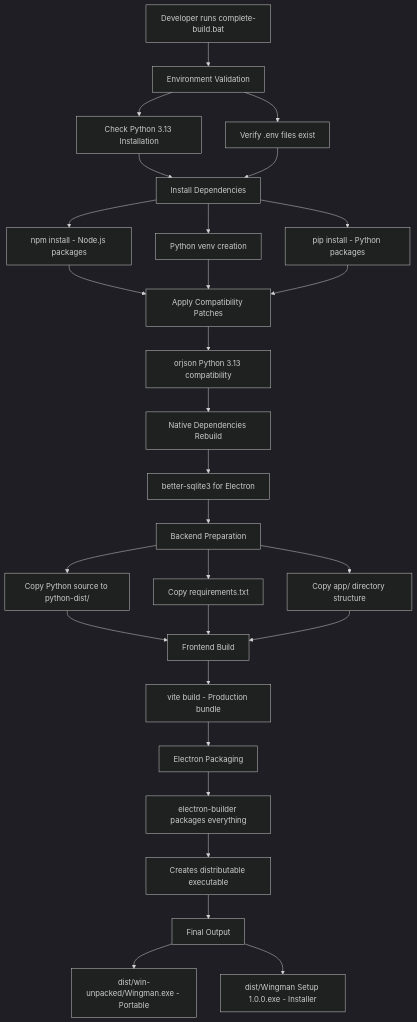
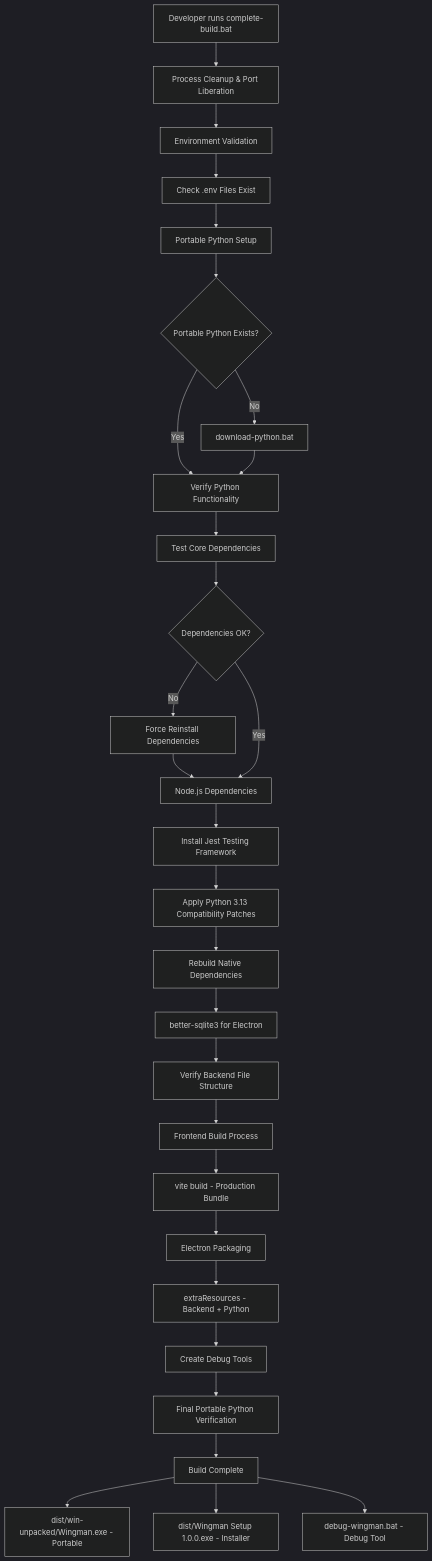
The eighth of 8 diagrams in README.md (Yxiang-828/Wingman), drawn with Mermaid (dark theme) before and after one commit. The commit also changed other lines of this file, not shown here.

````diff
--- a/README.md
+++ b/README.md
@@ -1250,38 +1433,36 @@
 ```mermaid
 graph TD
-    A[Developer runs complete-build.bat] --> B[Environment Validation]
-    B --> C[Check Python 3.13 Installation]
-    B --> D[Verify .env files exist]
-
-    C --> E[Install Dependencies]
-    D --> E
-    E --> F[npm install - Node.js packages]
-    E --> G[Python venv creation]
-    E --> H[pip install - Python packages]
-
-    F --> I[Apply Compatibility Patches]
-    G --> I
-    H --> I
-    I --> J[orjson Python 3.13 compatibility]
-
-    J --> K[Native Dependencies Rebuild]
-    K --> L[better-sqlite3 for Electron]
-
-    L --> M[Backend Preparation]
-    M --> N[Copy Python source to python-dist/]
-    M --> O[Copy requirements.txt]
-    M --> P[Copy app/ directory structure]
-
-    N --> Q[Frontend Build]
-    O --> Q
-    P --> Q
-    Q --> R[vite build - Production bundle]
-
-    R --> S[Electron Packaging]
-    S --> T[electron-builder packages everything]
-    T --> U[Creates distributable executable]
-
-    U --> V[Final Output]
-    V --> W[dist/win-unpacked/Wingman.exe - Portable]
-    V --> X[dist/Wingman Setup 1.0.0.exe - Installer]
+    A[Developer runs complete-build.bat] --> B[Process Cleanup & Port Liberation]
+    B --> C[Environment Validation]
+    C --> D[Check .env Files Exist]
+    D --> E[Portable Python Setup]
+    
+    E --> F{Portable Python Exists?}
+    F -->|No| G[download-python.bat]
+    F -->|Yes| H[Verify Python Functionality]
+    G --> H
+    H --> I[Test Core Dependencies]
+    I --> J{Dependencies OK?}
+    J -->|No| K[Force Reinstall Dependencies]
+    K --> L[Node.js Dependencies]
+    J -->|Yes| L
+    
+    L --> M[Install Jest Testing Framework]
+    M --> N[Apply Python 3.13 Compatibility Patches]
+    N --> O[Rebuild Native Dependencies]
+    O --> P[better-sqlite3 for Electron]
+    
+    P --> Q[Verify Backend File Structure]
+    Q --> R[Frontend Build Process]
+    R --> S[vite build - Production Bundle]
+    
+    S --> T[Electron Packaging]
+    T --> U[extraResources - Backend + Python]
+    U --> V[Create Debug Tools]
+    V --> W[Final Portable Python Verification]
+    
+    W --> X[Build Complete]
+    X --> Y[dist/win-unpacked/Wingman.exe - Portable]
+    X --> Z[dist/Wingman Setup 1.0.0.exe - Installer]
+    X --> AA[debug-wingman.bat - Debug Tool]
 ```
````
